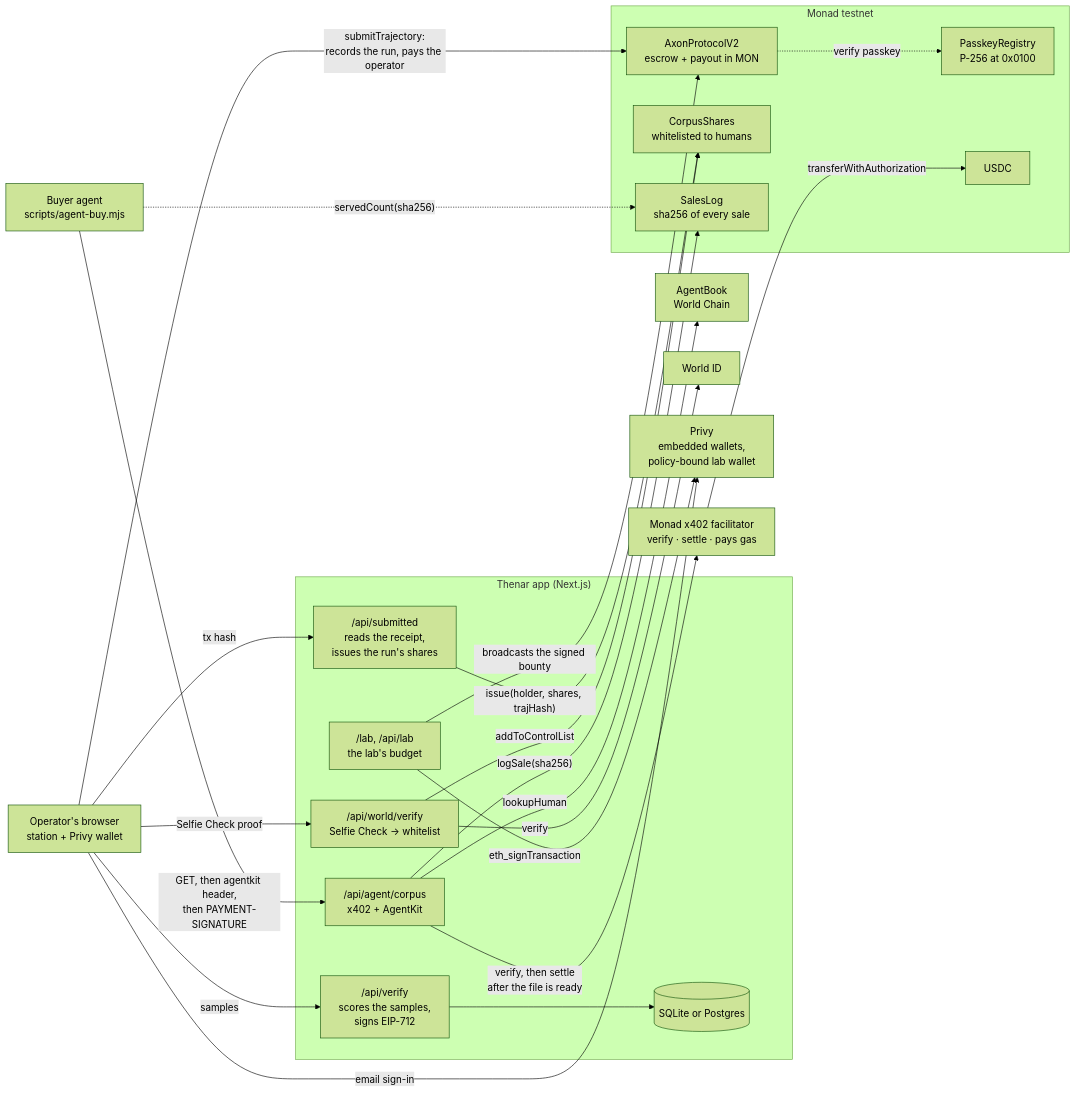
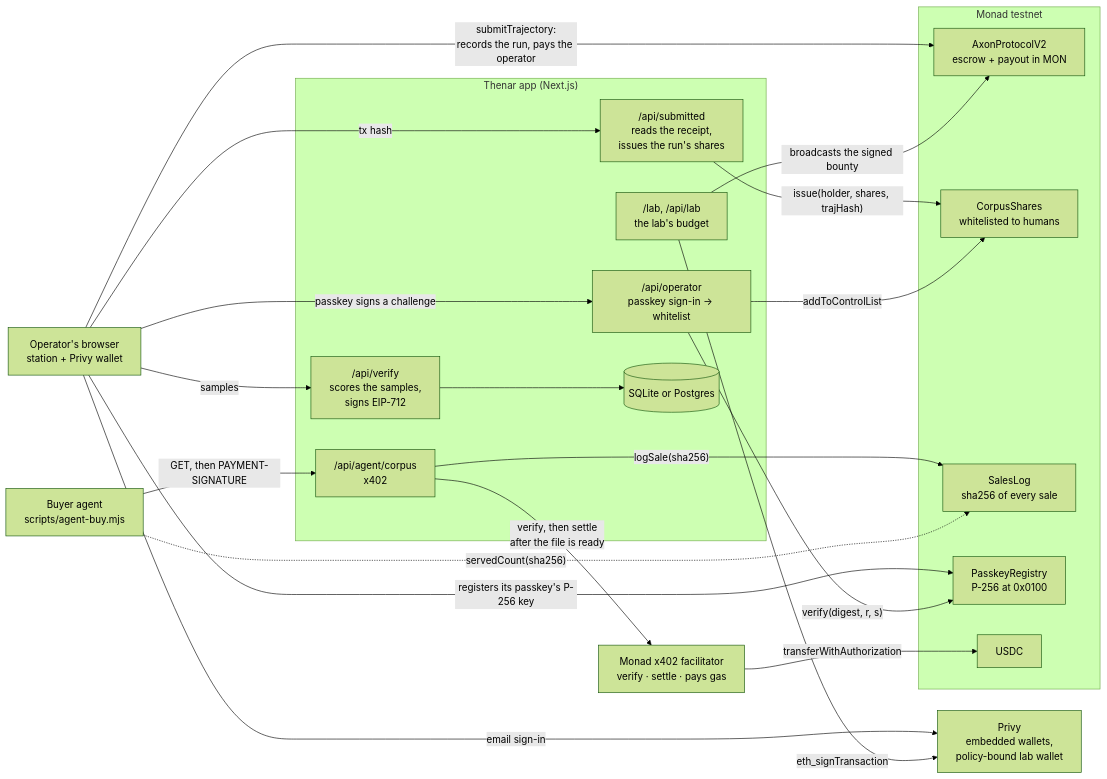
Before and after one commit to nickthelegend/thenar-monad: the diagram in README.md, drawn with Mermaid (forest theme). The commit also changed other lines of this file and 47 other files, not shown here.

````diff
--- a/README.md
+++ b/README.md
@@ -52,42 +53,39 @@
 ```mermaid
 flowchart LR
   OP["Operator's browser<br/>station + Privy wallet"]
   AGENT["Buyer agent<br/>scripts/agent-buy.mjs"]
 
   subgraph APP["Thenar app (Next.js)"]
     VERIFY["/api/verify<br/>scores the samples,<br/>signs EIP-712"]
     SUBMITTED["/api/submitted<br/>reads the receipt,<br/>issues the run's shares"]
-    WORLDV["/api/world/verify<br/>Selfie Check → whitelist"]
-    CORPUS["/api/agent/corpus<br/>x402 + AgentKit"]
+    OPERATOR["/api/operator<br/>passkey sign-in → whitelist"]
+    CORPUS["/api/agent/corpus<br/>x402"]
     LAB["/lab, /api/lab<br/>the lab's budget"]
     DB[("SQLite or Postgres")]
   end
 
   subgraph MONAD["Monad testnet"]
     AXON["AxonProtocolV2<br/>escrow + payout in MON"]
     SHARES["CorpusShares<br/>whitelisted to humans"]
     SALES["SalesLog<br/>sha256 of every sale"]
     PASS["PasskeyRegistry<br/>P-256 at 0x0100"]
     USDC["USDC"]
   end
 
   FAC["Monad x402 facilitator<br/>verify · settle · pays gas"]
-  BOOK["AgentBook<br/>World Chain"]
-  WORLD["World ID"]
   PRIVY["Privy<br/>embedded wallets,<br/>policy-bound lab wallet"]
 
   OP -- "samples" --> VERIFY --> DB
   OP -- "submitTrajectory:<br/>records the run, pays the operator" --> AXON
   OP -- "tx hash" --> SUBMITTED -- "issue(holder, shares, trajHash)" --> SHARES
-  OP -- "Selfie Check proof" --> WORLDV -- "verify" --> WORLD
-  WORLDV -- "addToControlList" --> SHARES
-  AXON -. "verify passkey" .-> PASS
-  AGENT -- "GET, then agentkit header,<br/>then PAYMENT-SIGNATURE" --> CORPUS
-  CORPUS -- "lookupHuman" --> BOOK
+  OP -- "registers its passkey's P-256 key" --> PASS
+  OP -- "passkey signs a challenge" --> OPERATOR -- "verify(digest, r, s)" --> PASS
+  OPERATOR -- "addToControlList" --> SHARES
+  AGENT -- "GET, then PAYMENT-SIGNATURE" --> CORPUS
   CORPUS -- "verify, then settle<br/>after the file is ready" --> FAC -- "transferWithAuthorization" --> USDC
   CORPUS -- "logSale(sha256)" --> SALES
   AGENT -. "servedCount(sha256)" .-> SALES
   OP -- "email sign-in" --> PRIVY
   LAB -- "eth_signTransaction" --> PRIVY
   LAB -- "broadcasts the signed bounty" --> AXON
 ```
````
